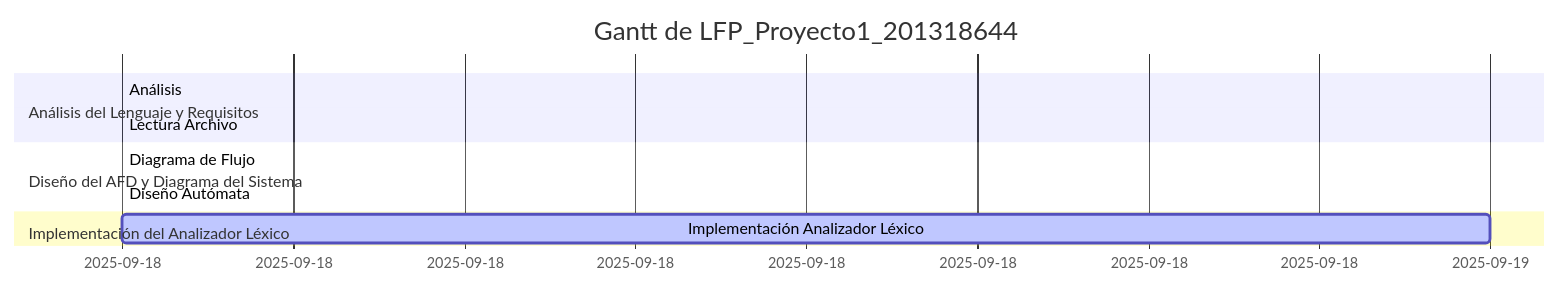
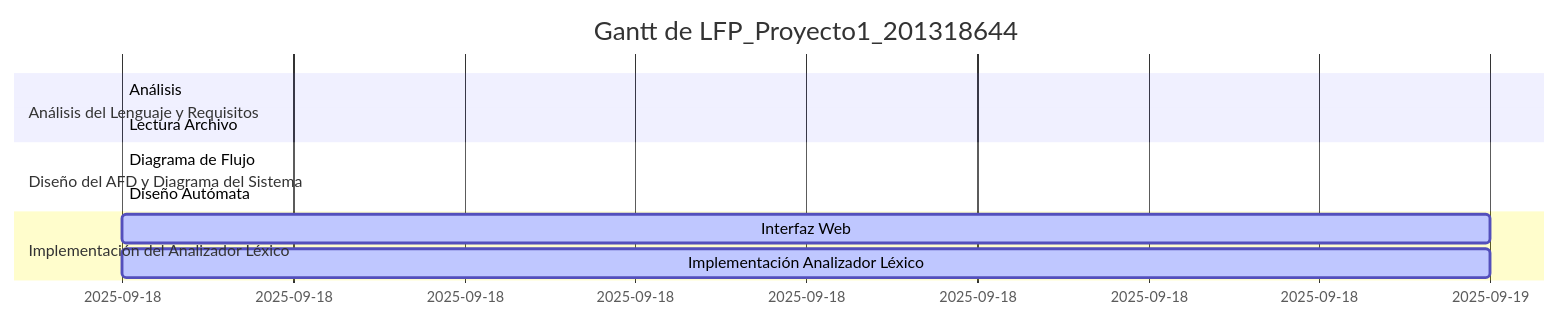
The diagram in docs/gantt.md (MynorCifuentes/TourneyJS), drawn with Mermaid before and after one commit.

Commit message:
Actualiza diagrama de Gantt automático

````diff
--- a/docs/gantt.md
+++ b/docs/gantt.md
@@ -1,16 +1,17 @@
 ```mermaid
 gantt
     dateFormat  YYYY-MM-DD
     title Gantt de LFP_Proyecto1_201318644
     excludes    weekends
     section Análisis del Lenguaje y Requisitos
     Análisis :active, 2, 2025-09-18, 2025-09-18
     Lectura Archivo :active, 1, 2025-09-18, 2025-09-18
     section Diseño del AFD y Diagrama del Sistema
     Diagrama de Flujo :active, 4, 2025-09-18, 2025-09-18
     Diseño Autómata :active, 3, 2025-09-18, 2025-09-18
     section Implementación del Analizador Léxico
+    Interfaz Web :active, 6, 2025-09-18, 2025-09-19
     Implementación Analizador Léxico :active, 5, 2025-09-18, 2025-09-19
     section Generación de Salidas
     section Pruebas, Corrección y Documentación
 ```
````
